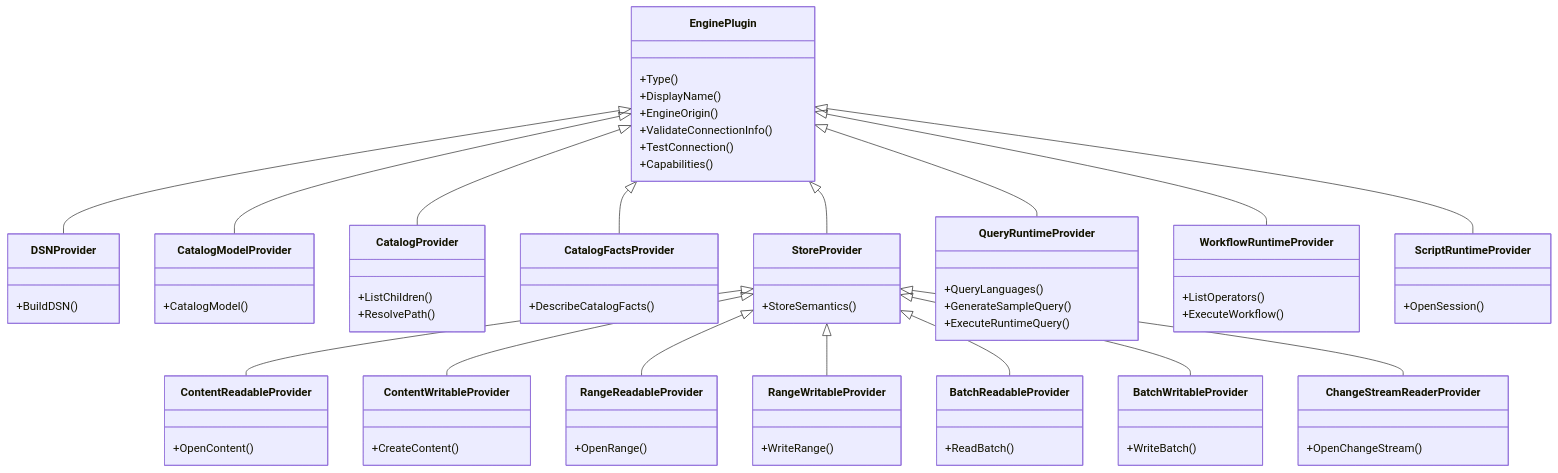
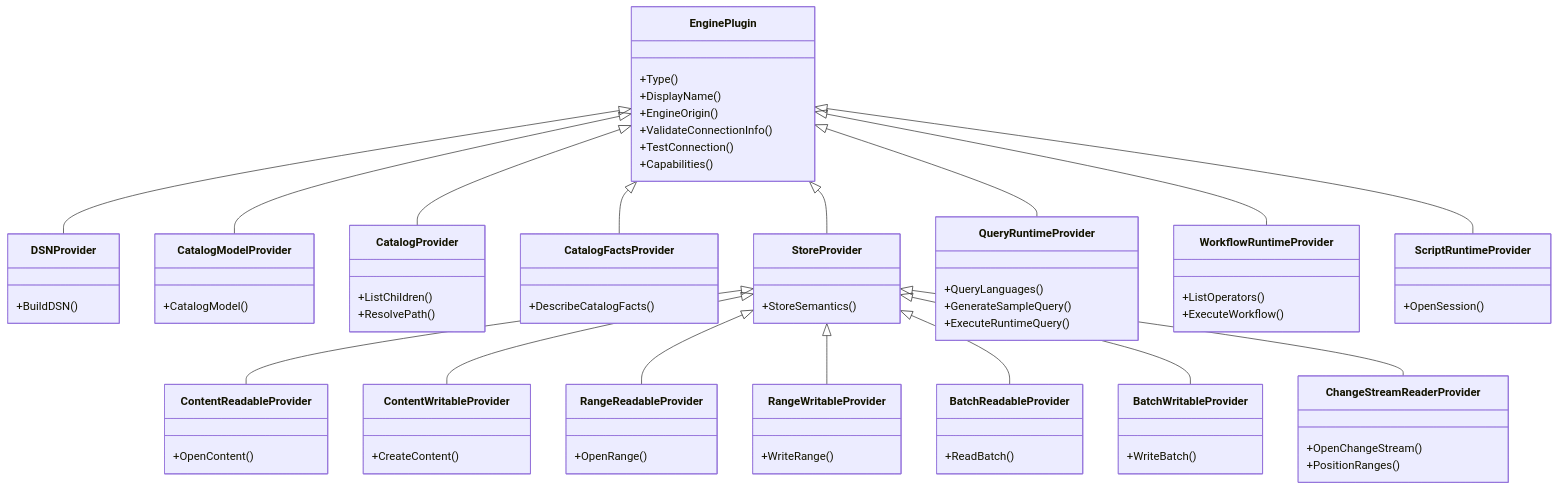
The second of 2 diagrams in docs/concepts/addp引擎体系图.md (pampa0629/addp), drawn with Mermaid before and after one commit. The commit also changed other lines of this file and 142 other files, not shown here.

```diff
--- a/docs/concepts/addp引擎体系图.md
+++ b/docs/concepts/addp引擎体系图.md
@@ -120,6 +120,7 @@
 
     class ChangeStreamReaderProvider {
         +OpenChangeStream()
+        +PositionRanges()
     }
 
     class QueryRuntimeProvider {
```
